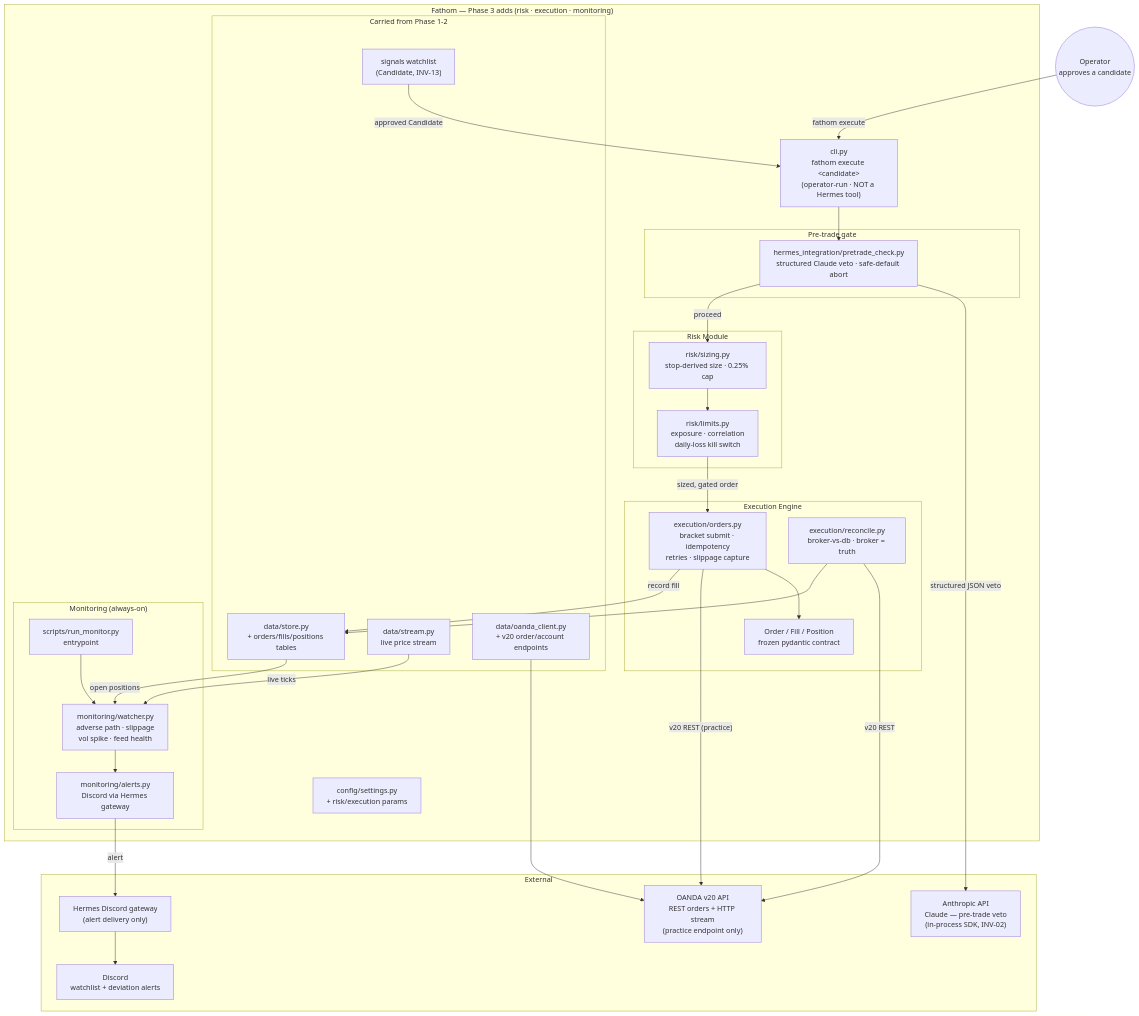
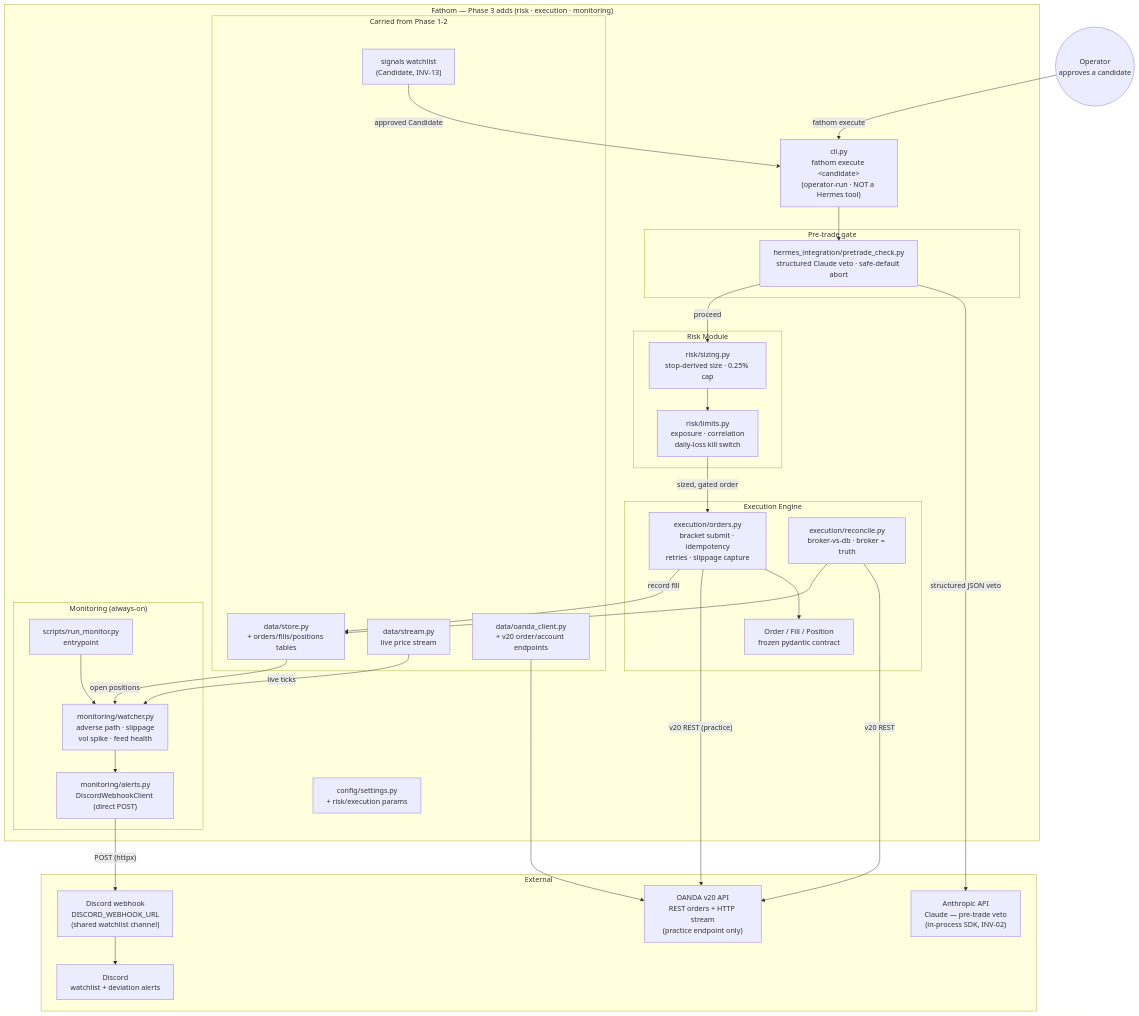
The diagram in docs/phases/phase-3.md (saambaby/fathom), drawn with Mermaid before and after one commit. The commit also changed other lines of this file and 14 other files, not shown here.

````diff
--- a/docs/phases/phase-3.md
+++ b/docs/phases/phase-3.md
@@ -64,65 +64,65 @@
 ```mermaid
 graph TD
     subgraph ext["External"]
         OANDA["OANDA v20 API\nREST orders + HTTP stream\n(practice endpoint only)"]
-        HERMES_GW["Hermes Discord gateway\n(alert delivery only)"]
+        WEBHOOK["Discord webhook\nDISCORD_WEBHOOK_URL\n(shared watchlist channel)"]
         DISCORD["Discord\nwatchlist + deviation alerts"]
         CLAUDE_PT["Anthropic API\nClaude — pre-trade veto\n(in-process SDK, INV-02)"]
     end
 
     OPERATOR(("Operator\napproves a candidate"))
 
     subgraph fathom["Fathom — Phase 3 adds (risk · execution · monitoring)"]
         CONFIG["config/settings.py\n+ risk/execution params"]
 
         subgraph carried["Carried from Phase 1-2"]
             STORE["data/store.py\n+ orders/fills/positions tables"]
             STREAM["data/stream.py\nlive price stream"]
             CLIENT["data/oanda_client.py\n+ v20 order/account endpoints"]
             WATCHLIST["signals watchlist\n(Candidate, INV-13)"]
         end
 
         CLI["cli.py\nfathom execute &lt;candidate&gt;\n(operator-run · NOT a Hermes tool)"]
 
         subgraph pretrade["Pre-trade gate"]
             PRETRADE["hermes_integration/pretrade_check.py\nstructured Claude veto · safe-default abort"]
         end
 
         subgraph risk_layer["Risk Module"]
             SIZING["risk/sizing.py\nstop-derived size · 0.25% cap"]
             LIMITS["risk/limits.py\nexposure · correlation\ndaily-loss kill switch"]
         end
 
         subgraph exec_layer["Execution Engine"]
             ORDERS["execution/orders.py\nbracket submit · idempotency\nretries · slippage capture"]
             RECONCILE["execution/reconcile.py\nbroker-vs-db · broker = truth"]
             ORDERMODEL["Order / Fill / Position\nfrozen pydantic contract"]
         end
 
         subgraph monitor_layer["Monitoring (always-on)"]
             WATCHER["monitoring/watcher.py\nadverse path · slippage\nvol spike · feed health"]
-            ALERTS["monitoring/alerts.py\nDiscord via Hermes gateway"]
+            ALERTS["monitoring/alerts.py\nDiscordWebhookClient (direct POST)"]
             RUNMON["scripts/run_monitor.py\nentrypoint"]
         end
     end
 
     OPERATOR -->|"fathom execute <candidate>"| CLI
     WATCHLIST -->|"approved Candidate"| CLI
     CLI --> PRETRADE
     PRETRADE -->|"structured JSON veto"| CLAUDE_PT
     PRETRADE -->|"proceed"| SIZING
     SIZING --> LIMITS
     LIMITS -->|"sized, gated order"| ORDERS
     ORDERS --> ORDERMODEL
     ORDERS -->|"v20 REST (practice)"| OANDA
     ORDERS -->|"record fill"| STORE
     RECONCILE -->|"v20 REST"| OANDA
     RECONCILE --> STORE
     STREAM -->|"live ticks"| WATCHER
     STORE -->|"open positions"| WATCHER
     WATCHER --> ALERTS
-    ALERTS -->|"alert"| HERMES_GW
-    HERMES_GW --> DISCORD
+    ALERTS -->|"POST (httpx)"| WEBHOOK
+    WEBHOOK --> DISCORD
     RUNMON --> WATCHER
     CLIENT --> OANDA
 ```
````
